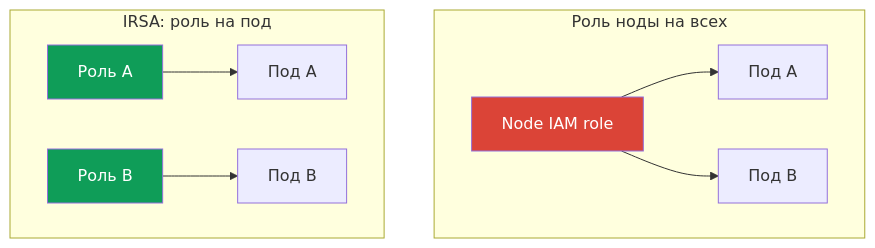
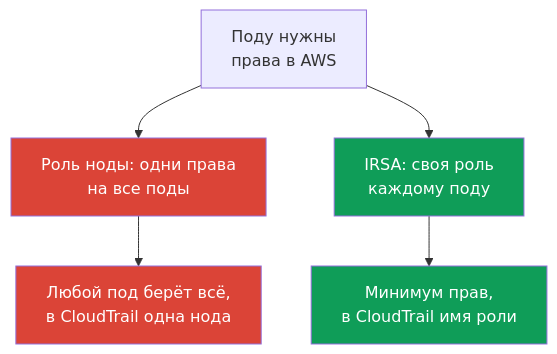
The second of 2 diagrams in tasks/eks/course/16/ru.md (ViktorUJ/cks), drawn with Mermaid before and after one commit. The commit also changed other lines of this file and 52 other files, not shown here.

````diff
--- a/tasks/eks/course/16/ru.md
+++ b/tasks/eks/course/16/ru.md
@@ -277,21 +277,11 @@
 ```mermaid
 flowchart TB
-    subgraph noderole["Роль ноды на всех"]
-        n["Node IAM role"]
-        p1["Под A"]
-        p2["Под B"]
-        n --> p1
-        n --> p2
-    end
-    subgraph irsa["IRSA: роль на под"]
-        ra["Роль A"]
-        rb["Роль B"]
-        pa["Под A"]
-        pb["Под B"]
-        ra --> pa
-        rb --> pb
-    end
+    q["Поду нужны<br/>права в AWS"] --> n["Роль ноды: одни права<br/>на все поды"]
+    q --> irsa["IRSA: своя роль<br/>каждому поду"]
+    n --> risk["Любой под берёт всё,<br/>в CloudTrail одна нода"]
+    irsa --> least["Минимум прав,<br/>в CloudTrail имя роли"]
     style n fill:#db4437,color:#fff
-    style ra fill:#0f9d58,color:#fff
-    style rb fill:#0f9d58,color:#fff
+    style irsa fill:#0f9d58,color:#fff
+    style risk fill:#db4437,color:#fff
+    style least fill:#0f9d58,color:#fff
 ```
````
